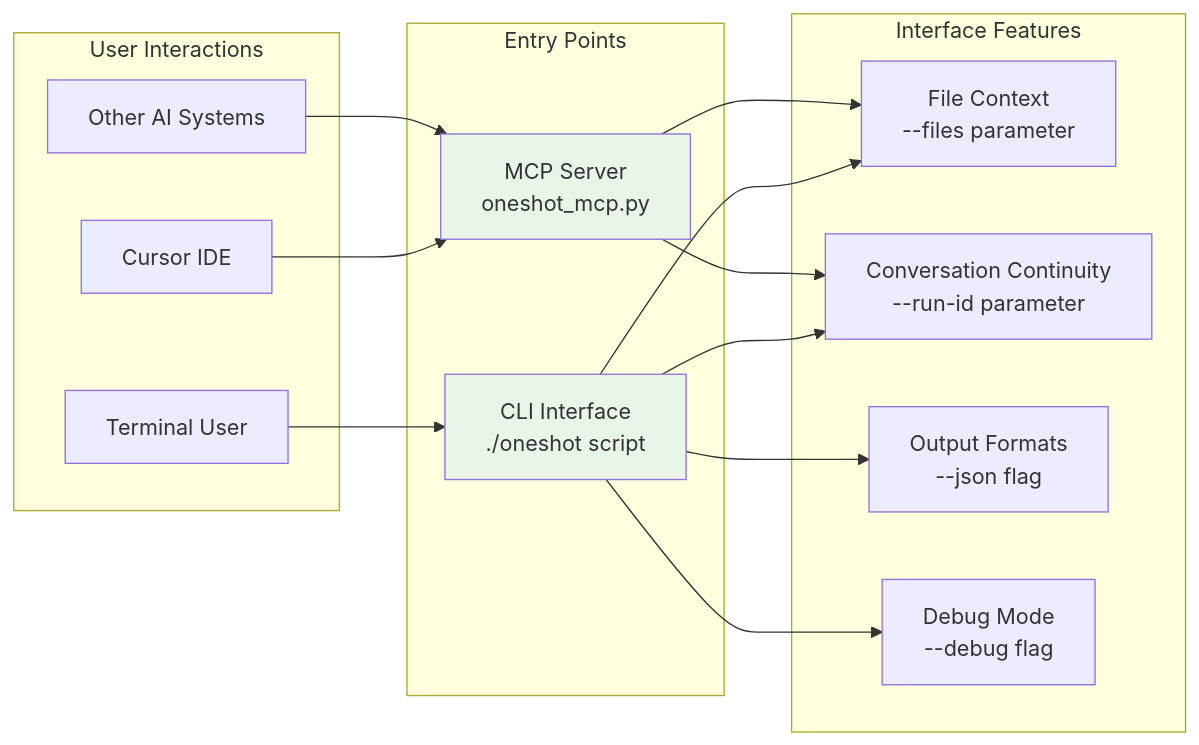
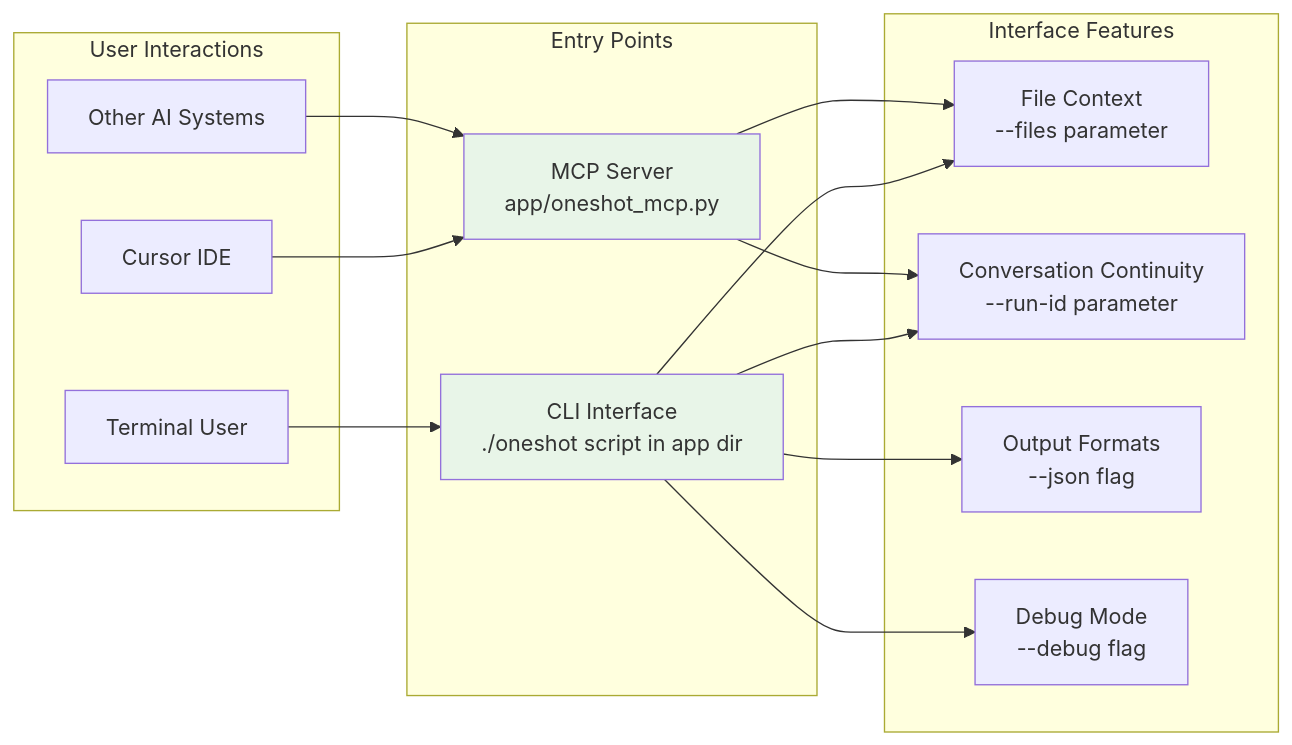
Before and after one commit to zenprotheos/agentoptimizer: the second of 7 diagrams in app/guides/how_oneshot_works.md, drawn with Mermaid. The commit also changed other lines of this file and 27 other files, not shown here.

Commit message:
Relocated the oneshot mcp and bash script to the app dir

````diff
--- a/app/guides/how_oneshot_works.md
+++ b/app/guides/how_oneshot_works.md
@@ -145,35 +145,35 @@
 ```mermaid
 graph LR
     subgraph "User Interactions"
         U1[Terminal User]
         U2[Cursor IDE]
         U3[Other AI Systems]
     end
     
     subgraph "Entry Points"
-        CLI[CLI Interface<br/>./oneshot script]
-        MCP[MCP Server<br/>oneshot_mcp.py]
+        CLI[CLI Interface<br/>./oneshot script in app dir]
+        MCP[MCP Server<br/>app/oneshot_mcp.py]
     end
     
     subgraph "Interface Features"
         F1[File Context<br/>--files parameter]
         F2[Conversation Continuity<br/>--run-id parameter]
         F3[Output Formats<br/>--json flag]
         F4[Debug Mode<br/>--debug flag]
     end
     
     U1 --> CLI
     U2 --> MCP
     U3 --> MCP
     
     CLI --> F1
     CLI --> F2
     CLI --> F3
     CLI --> F4
     
     MCP --> F1
     MCP --> F2
     
     style CLI fill:#e8f5e8
     style MCP fill:#e8f5e8
 ```
````
